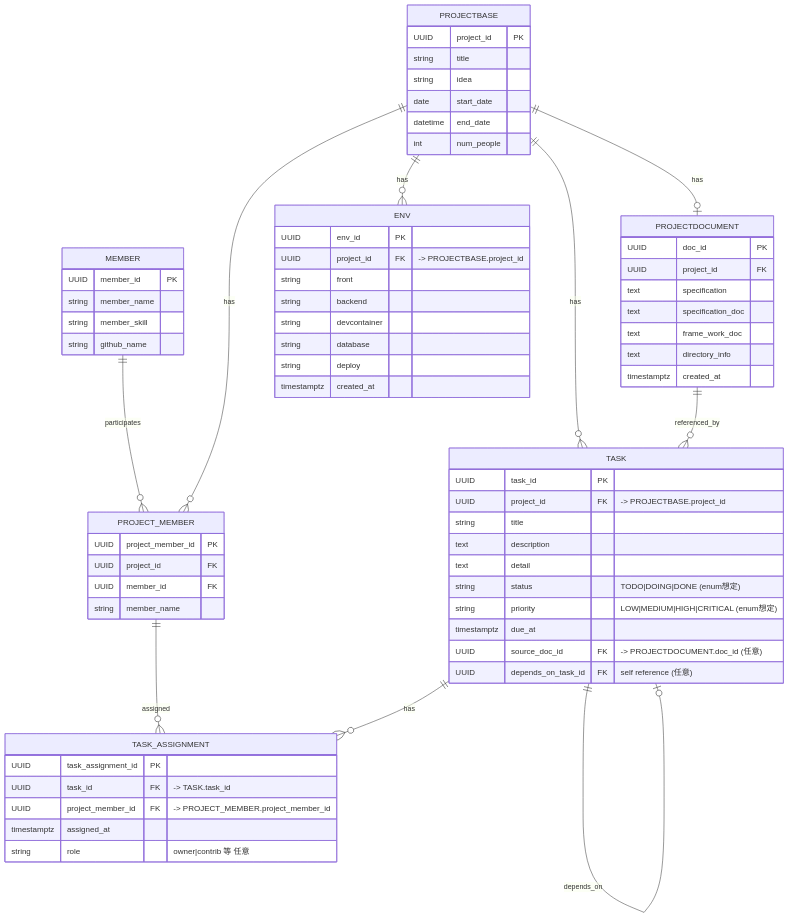
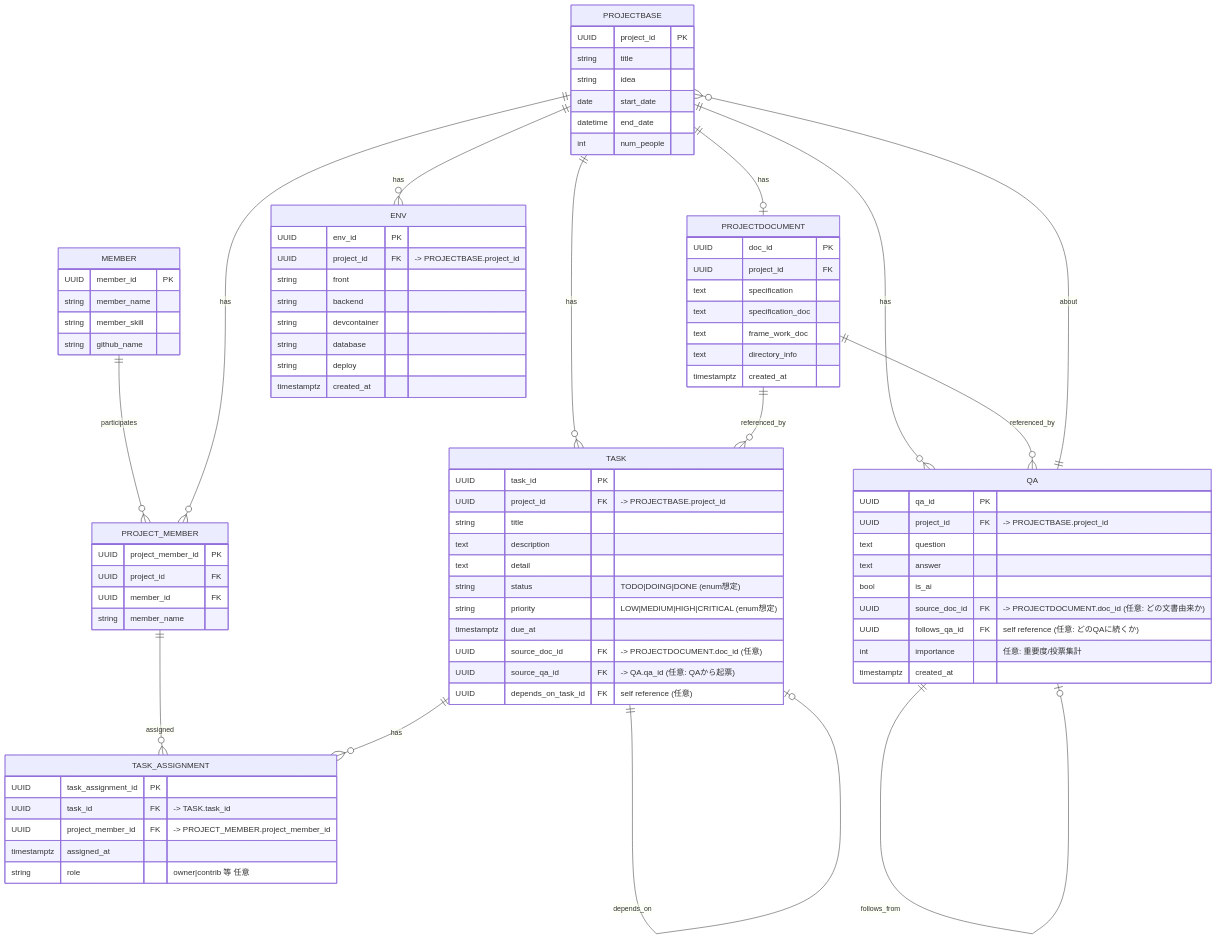
Before and after one commit to Akatuki25/hackathon-support-agent: the diagram in front/README.md, drawn with Mermaid. The commit also changed 26 other files, not shown here.

````diff
--- a/front/README.md
+++ b/front/README.md
@@ -27,20 +27,25 @@
 ```mermaid
 erDiagram
+  %% Core
   MEMBER ||--o{ PROJECT_MEMBER : participates
   PROJECTBASE ||--o{ PROJECT_MEMBER : has
   PROJECTBASE ||--o| PROJECTDOCUMENT : has
   PROJECTBASE ||--o{ TASK : has
+  PROJECTBASE ||--o{ ENV : has
+  PROJECTBASE ||--o{ QA : has
 
   %% Task assignments (M:N)
   PROJECT_MEMBER ||--o{ TASK_ASSIGNMENT : assigned
   TASK ||--o{ TASK_ASSIGNMENT : has
 
-  %% Self-dependency & doc trace
+  %% Dependencies
   TASK ||--o| TASK : depends_on
+  QA ||--o| QA : follows_from
   PROJECTDOCUMENT ||--o{ TASK : referenced_by
-  
-  %% env 
-  PROJECTBASE ||--o{ ENV : has
+  PROJECTDOCUMENT ||--o{ QA : referenced_by
+
+
+  QA ||--o{ PROJECTBASE : about
 
   MEMBER {
     UUID member_id PK
@@ -86,16 +91,30 @@
     timestamptz created_at
   }
 
+  %% --- QA with dependencies & trace ---
+  QA {
+    UUID qa_id PK
+    UUID project_id FK          "-> PROJECTBASE.project_id"
+    text question
+    text answer
+    bool is_ai
+    UUID source_doc_id FK       "-> PROJECTDOCUMENT.doc_id (任意: どの文書由来か)"
+    UUID follows_qa_id FK       "self reference (任意: どのQAに続くか)"
+    int  importance             "任意: 重要度/投票集計"
+    timestamptz created_at
+  }
+
   TASK {
     UUID task_id PK
     UUID project_id FK          "-> PROJECTBASE.project_id"
     string title
     text   description
-    text detail
+    text   detail
     string status               "TODO|DOING|DONE (enum想定)"
     string priority             "LOW|MEDIUM|HIGH|CRITICAL (enum想定)"
     timestamptz due_at
     UUID source_doc_id FK       "-> PROJECTDOCUMENT.doc_id (任意)"
+    UUID source_qa_id  FK       "-> QA.qa_id (任意: QAから起票)"
     UUID depends_on_task_id FK  "self reference (任意)"
   }
 
@@ -106,7 +125,6 @@
     timestamptz assigned_at
     string role                 "owner|contrib 等 任意"
   }
-
 
 %%   %% Stripe/Billing 追加
 %%   MEMBER ||--o| BILLING_ACCOUNT : owns
````
